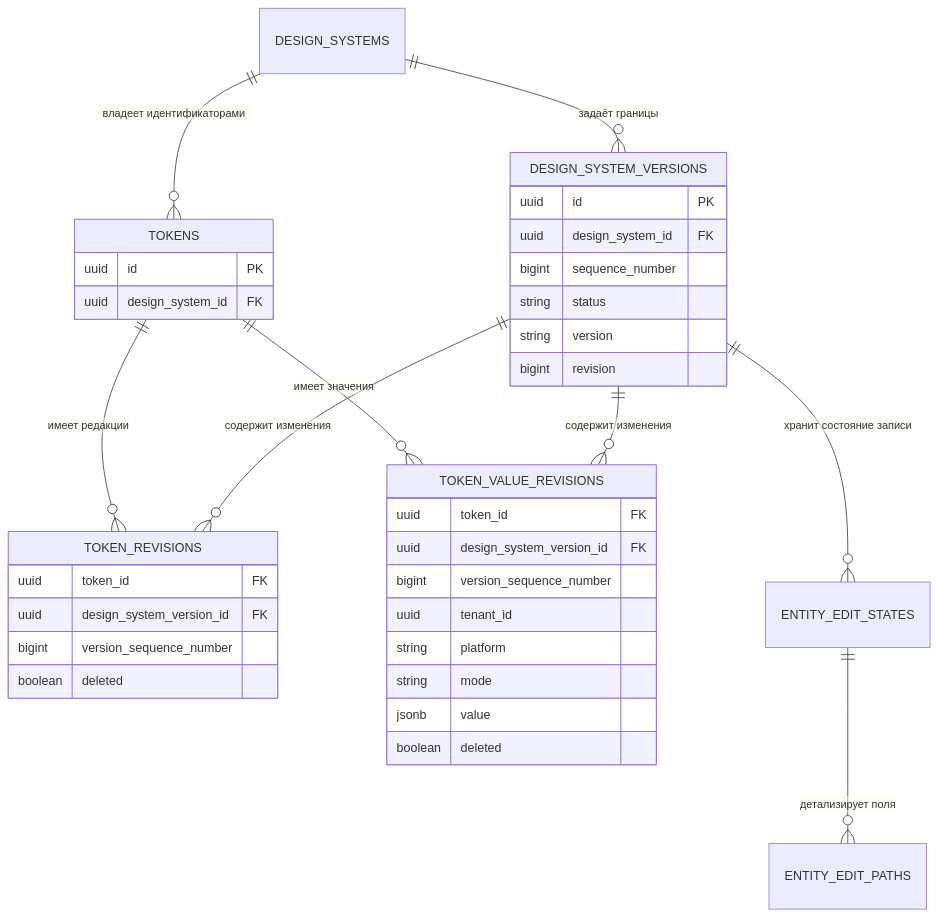
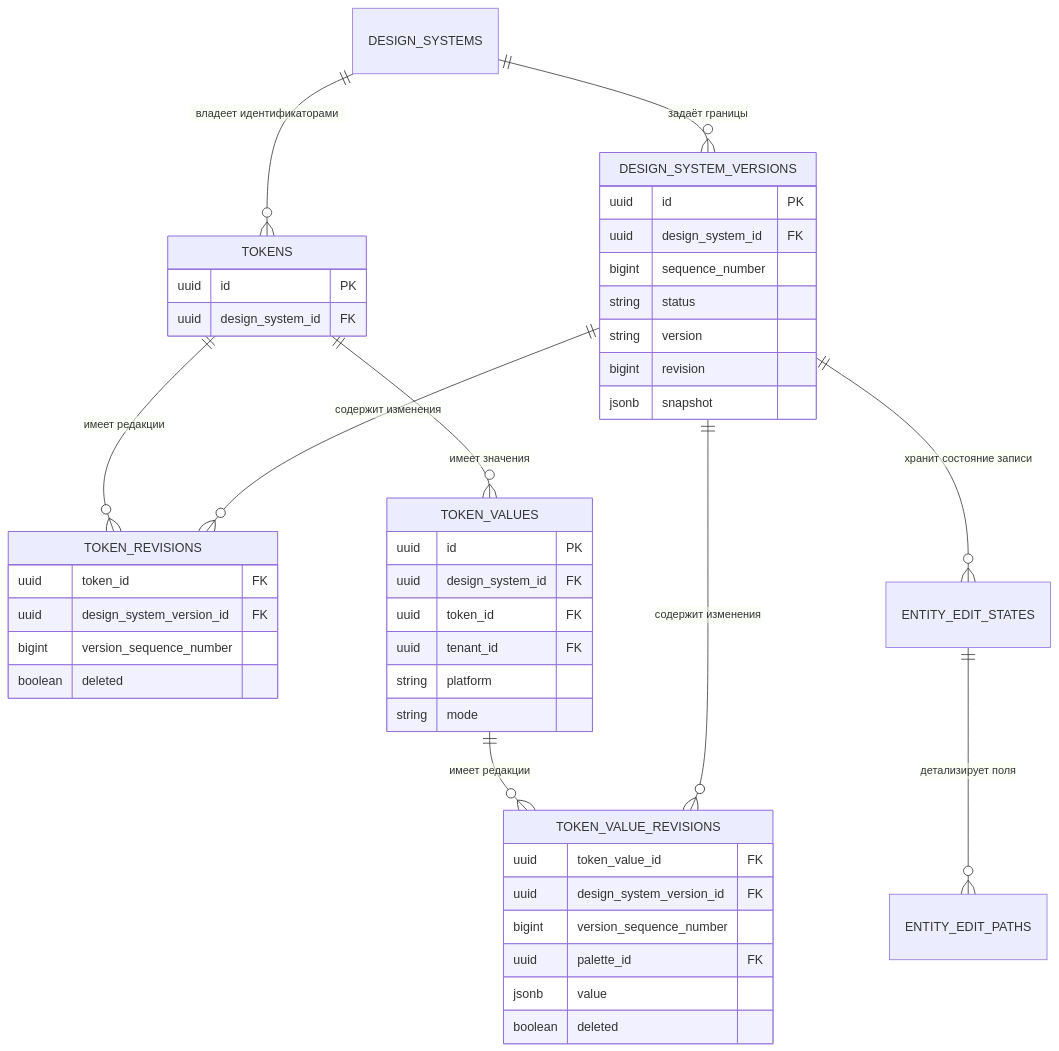
The second of 3 diagrams in openspec/changes/add-versioned-multi-user-editing/design.md (salute-developers/design-system-builder), drawn with Mermaid before and after one commit. The commit also changed other lines of this file and 9 other files, not shown here.

````diff
--- a/openspec/changes/add-versioned-multi-user-editing/design.md
+++ b/openspec/changes/add-versioned-multi-user-editing/design.md
@@ -69,40 +89,48 @@
 ```mermaid
 erDiagram
     DESIGN_SYSTEMS ||--o{ DESIGN_SYSTEM_VERSIONS : "задаёт границы"
     DESIGN_SYSTEMS ||--o{ TOKENS : "владеет идентификаторами"
     TOKENS ||--o{ TOKEN_REVISIONS : "имеет редакции"
     DESIGN_SYSTEM_VERSIONS ||--o{ TOKEN_REVISIONS : "содержит изменения"
-    TOKENS ||--o{ TOKEN_VALUE_REVISIONS : "имеет значения"
+    TOKENS ||--o{ TOKEN_VALUES : "имеет значения"
+    TOKEN_VALUES ||--o{ TOKEN_VALUE_REVISIONS : "имеет редакции"
     DESIGN_SYSTEM_VERSIONS ||--o{ TOKEN_VALUE_REVISIONS : "содержит изменения"
     DESIGN_SYSTEM_VERSIONS ||--o{ ENTITY_EDIT_STATES : "хранит состояние записи"
     ENTITY_EDIT_STATES ||--o{ ENTITY_EDIT_PATHS : "детализирует поля"
 
     DESIGN_SYSTEM_VERSIONS {
         uuid id PK
         uuid design_system_id FK
         bigint sequence_number
         string status
         string version
         bigint revision
+        jsonb snapshot
     }
     TOKENS {
         uuid id PK
         uuid design_system_id FK
     }
     TOKEN_REVISIONS {
         uuid token_id FK
         uuid design_system_version_id FK
         bigint version_sequence_number
         boolean deleted
     }
+    TOKEN_VALUES {
+        uuid id PK
+        uuid design_system_id FK
+        uuid token_id FK
+        uuid tenant_id FK
+        string platform
+        string mode
+    }
     TOKEN_VALUE_REVISIONS {
-        uuid token_id FK
+        uuid token_value_id FK
         uuid design_system_version_id FK
         bigint version_sequence_number
-        uuid tenant_id
-        string platform
-        string mode
+        uuid palette_id FK
         jsonb value
         boolean deleted
     }
 ```
````
